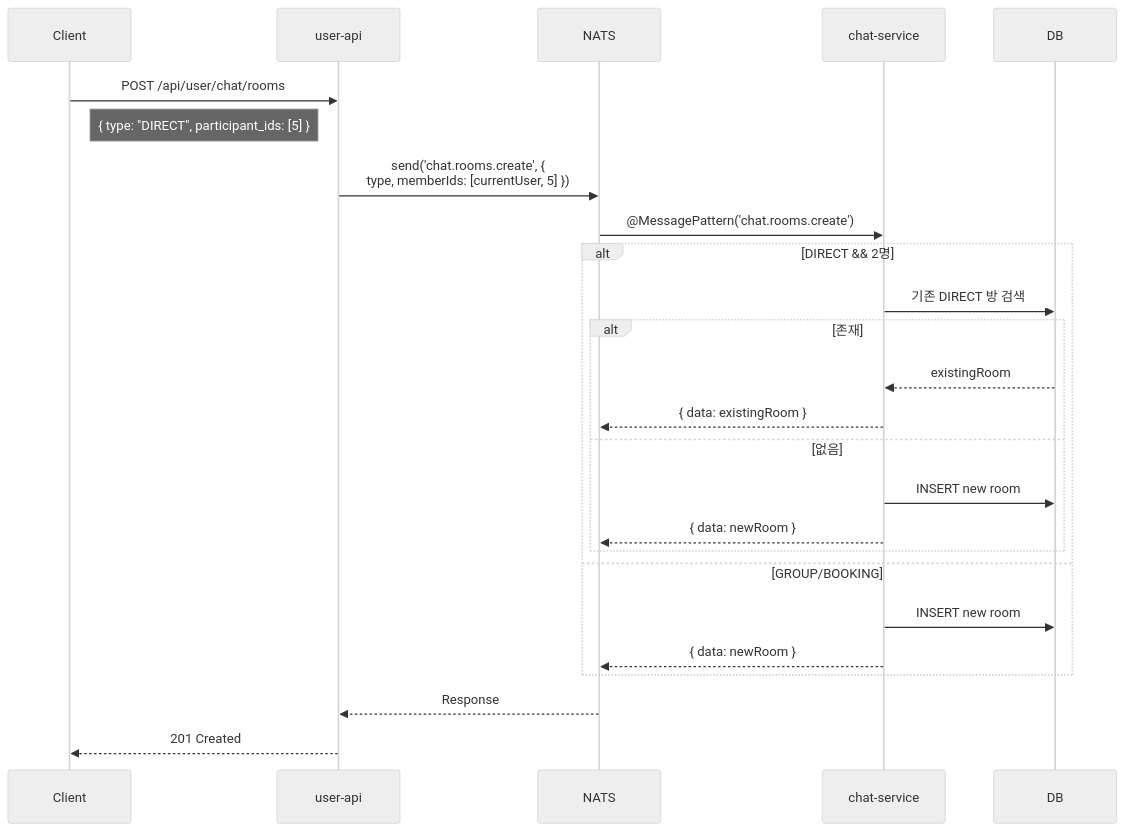
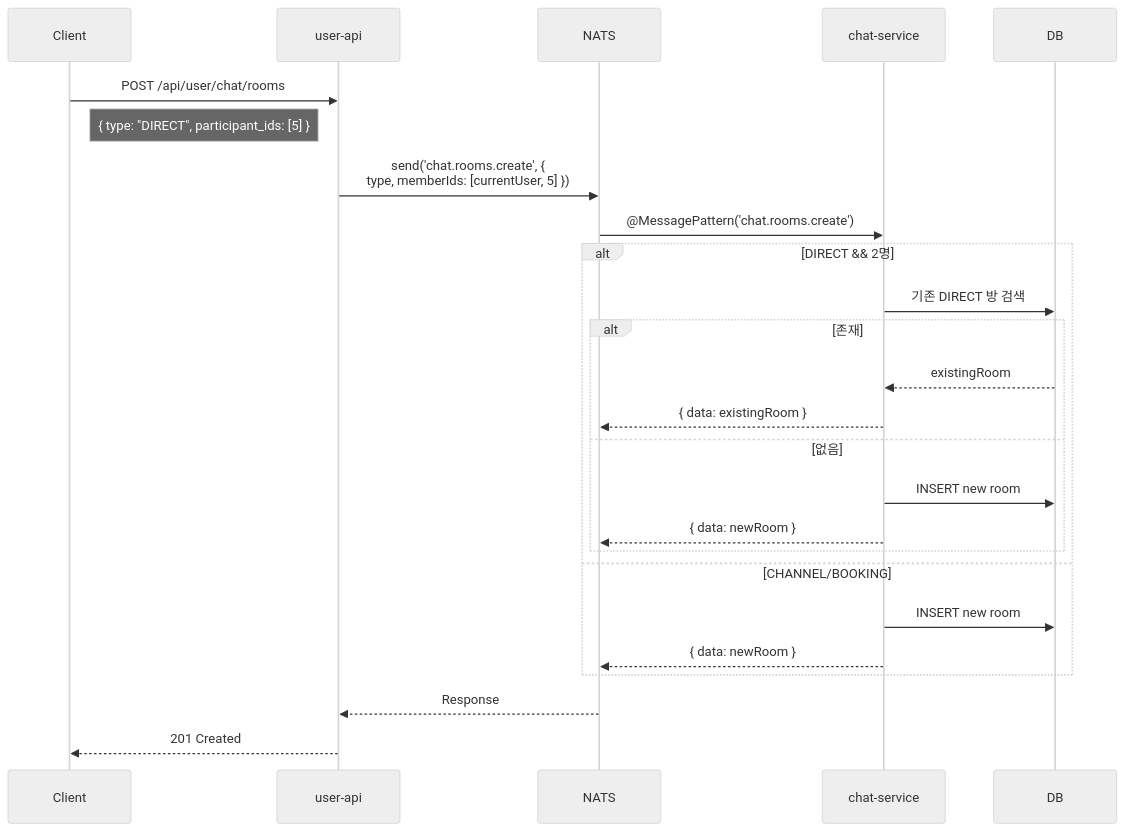
Before and after one commit to uniyous/parkgolf-platform: diagram 15 of 28 in docs/workflow/CHAT.md, drawn with Mermaid (neutral theme). The commit also changed other lines of this file and 3 other files, not shown here.

````diff
--- a/docs/workflow/CHAT.md
+++ b/docs/workflow/CHAT.md
@@ -482,32 +482,32 @@
 ```mermaid
 sequenceDiagram
     participant Client
     participant BFF as user-api
     participant NATS
     participant Service as chat-service
     participant DB
 
     Client->>BFF: POST /api/user/chat/rooms
     Note right of Client: { type: "DIRECT", participant_ids: [5] }
 
     BFF->>NATS: send('chat.rooms.create', {<br/>type, memberIds: [currentUser, 5] })
 
     NATS->>Service: @MessagePattern('chat.rooms.create')
 
     alt DIRECT && 2명
         Service->>DB: 기존 DIRECT 방 검색
         alt 존재
             DB-->>Service: existingRoom
             Service-->>NATS: { data: existingRoom }
         else 없음
             Service->>DB: INSERT new room
             Service-->>NATS: { data: newRoom }
         end
-    else GROUP/BOOKING
+    else CHANNEL/BOOKING
         Service->>DB: INSERT new room
         Service-->>NATS: { data: newRoom }
     end
 
     NATS-->>BFF: Response
     BFF-->>Client: 201 Created
 ```
````
